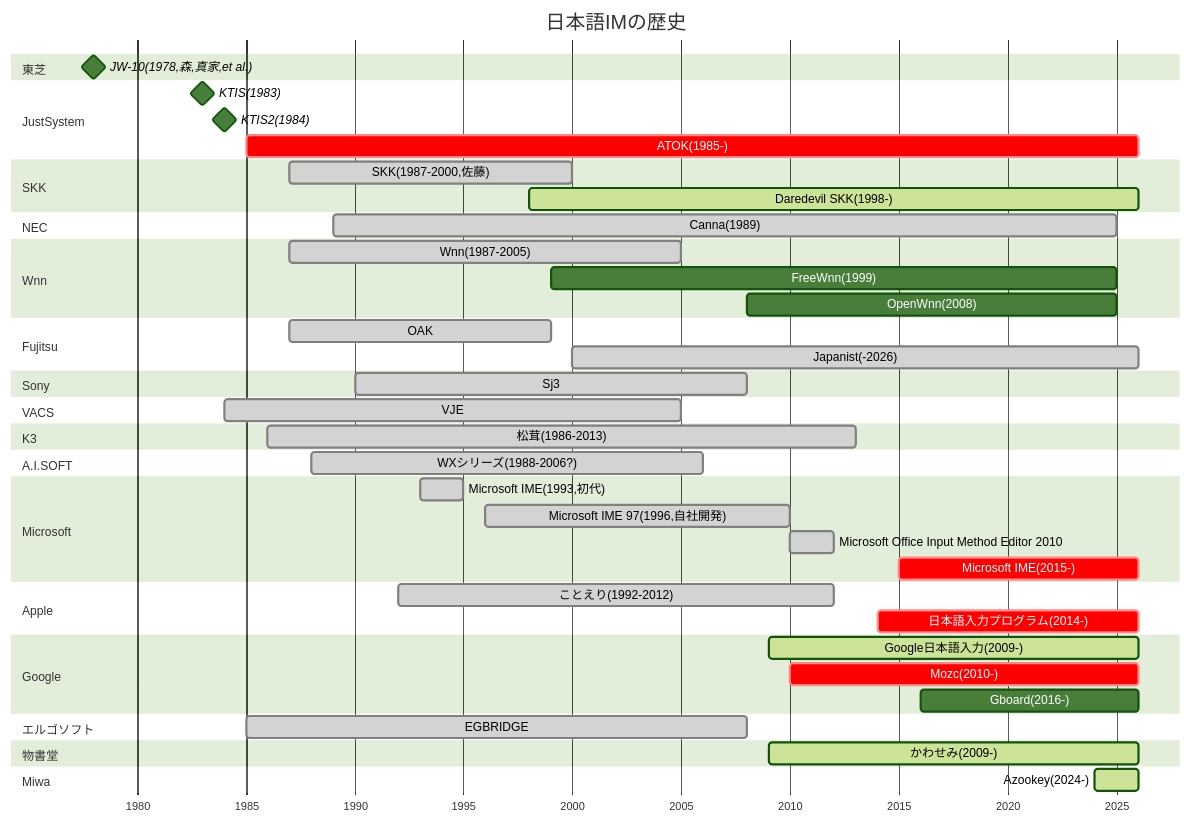
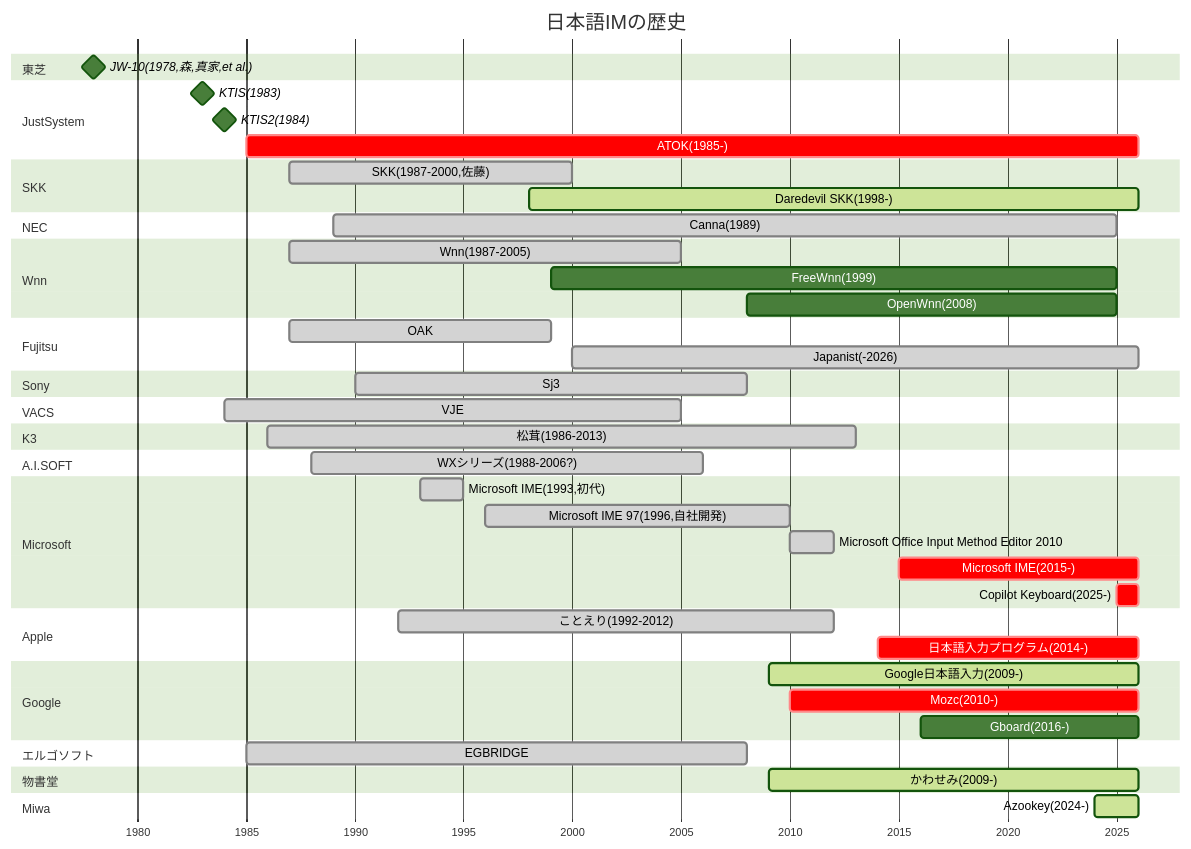
One commit to TanukiMa/history_of_Japanese_input_method changed the diagram in v4.mmd. Above: the diagram before and after it, drawn with Mermaid (forest theme). The commit also changed 1 other file, not shown here.

Commit message:
add Copilot Keyboard in Microsoft

```diff
--- a/v4.mmd
+++ b/v4.mmd
@@ -1,49 +1,50 @@
 gantt
     title 日本語IMの歴史
     dateFormat YYYY
     axisFormat %Y
     todayMarker off
     section 東芝
         JW-10(1978,森,真家,et al.):milestone,1978,
     section JustSystem
         KTIS(1983):milestone,1983,
         KTIS2(1984):milestone,1984,
         ATOK(1985-):crit,1985,2026
     section SKK
         SKK(1987-2000,佐藤):done,1987,2000
         Daredevil SKK(1998-):active,1998,2026
     section NEC
         Canna(1989):done,1989,2025
     section Wnn
         Wnn(1987-2005):done,1987,2005
         FreeWnn(1999):1999,2025
         OpenWnn(2008):2008,2025
     section Fujitsu
         OAK:done,1987,1999
         Japanist(-2026):done,2000,2026
     section Sony
         Sj3:done,1990,2008
     section VACS
         VJE:done,1984,2005
     section K3
         松茸(1986-2013):done,1986,2013
     section A.I.SOFT
         WXシリーズ(1988-2006?):done,1988,2006
     section Microsoft
         Microsoft IME(1993,初代):done,1993,1995
         Microsoft IME 97(1996,自社開発):done,1996,2010
         Microsoft Office Input Method Editor 2010:done,2010,2012
         Microsoft IME(2015-):crit,2015,2026
+        Copilot Keyboard(2025-):crit,2025,2026
     section Apple
         ことえり(1992-2012):done,1992,2012
         日本語入力プログラム(2014-):crit,2014,2026
     section Google
         Google日本語入力(2009-):active,2009,2026
         Mozc(2010-):crit,2010,2026
         Gboard(2016-):2016,2026
     section エルゴソフト
         EGBRIDGE:done,1985,2008
     section 物書堂
         かわせみ(2009-):active,2009,2026
     section Miwa
         Azookey(2024-):active,2024,2026
```
